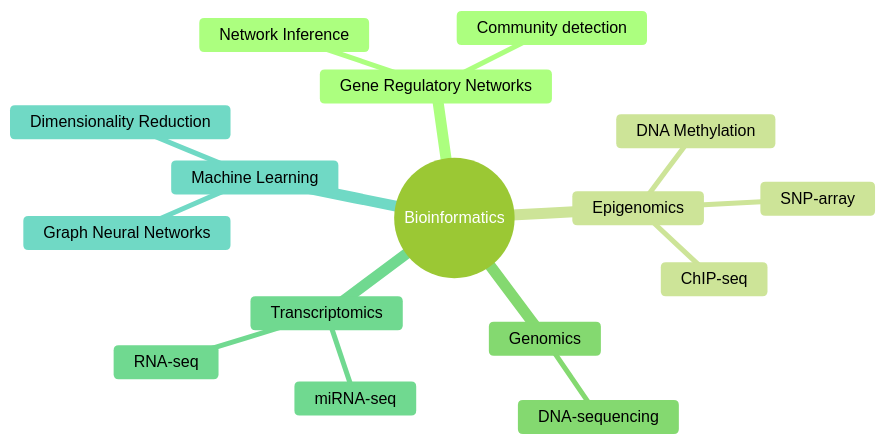
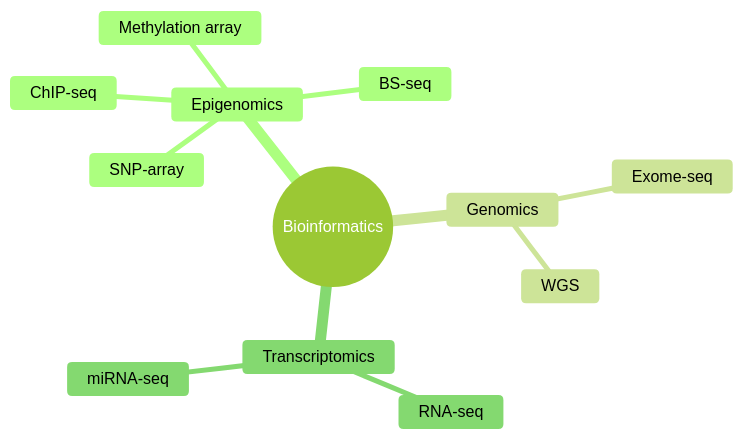
The diagram in README.md (ngsFC/ngsFC), drawn with Mermaid (forest theme) before and after one commit.

Commit message:
Revise research interests in README.md

````diff
--- a/README.md
+++ b/README.md
@@ -70,19 +28,15 @@
 ```mermaid
 mindmap
   root((Bioinformatics))
-    Gene Regulatory Networks
-      Network Inference
-      Community detection
     Epigenomics
       ChIP-seq
-      DNA Methylation
+      Methylation array
+      BS-seq
       SNP-array
     Genomics
-      DNA-sequencing
+      Exome-seq
+      WGS
     Transcriptomics
       RNA-seq
-      miRNA-seq  
-    Machine Learning
-      Graph Neural Networks
-      Dimensionality Reduction
+      miRNA-seq 
 ```
````
